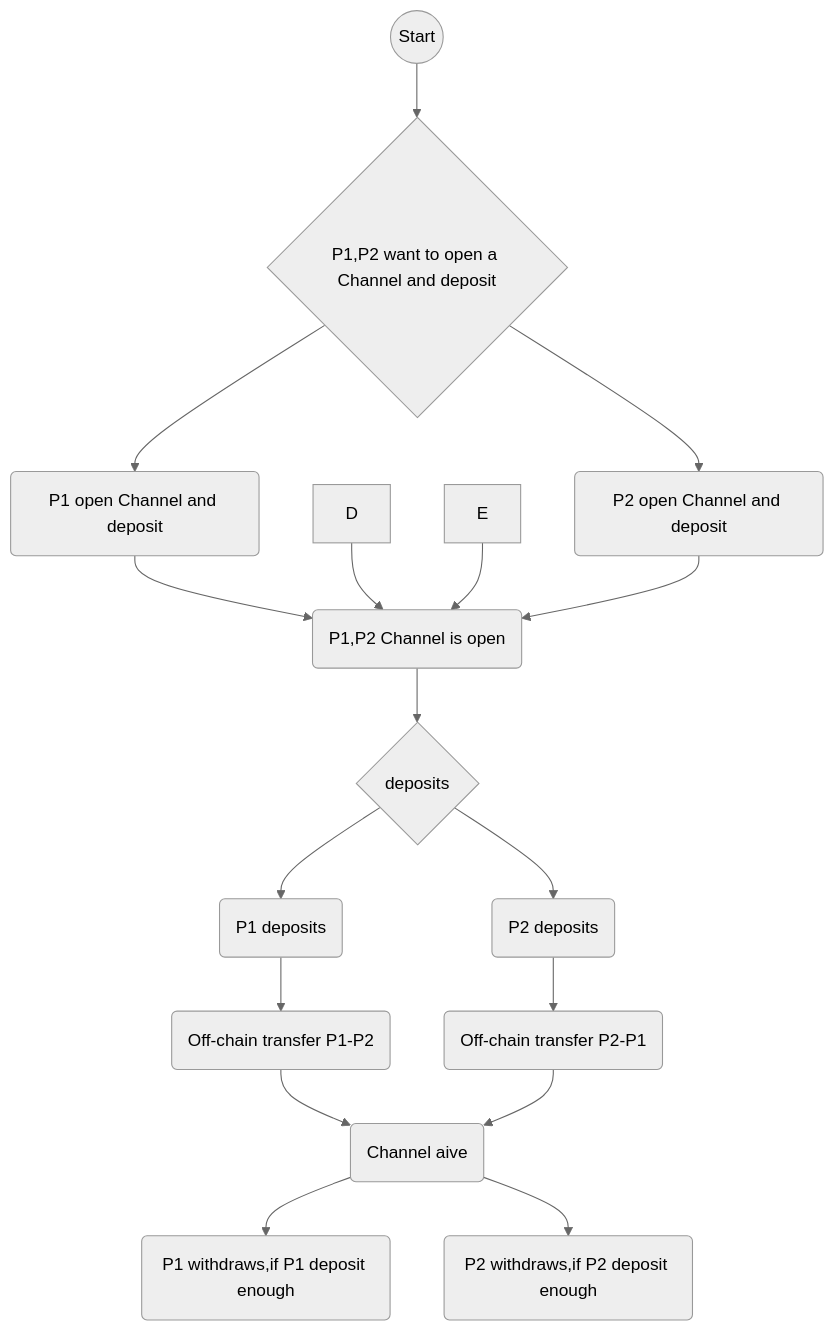
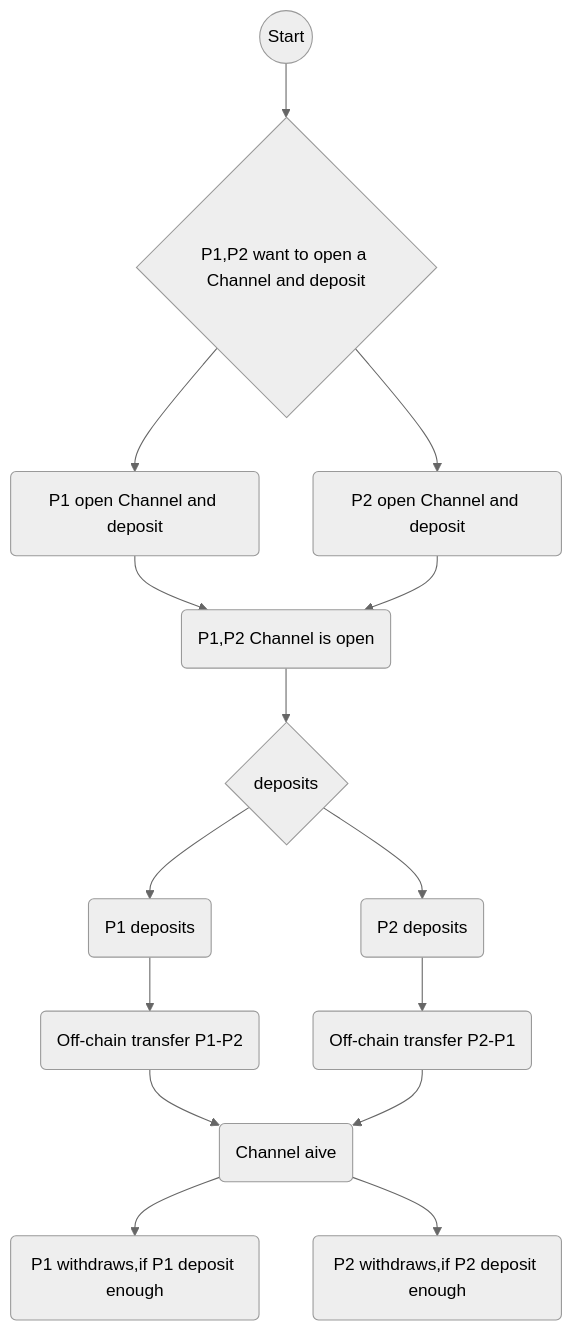
One commit to SmartMeshFoundation/Photon changed the first of 4 diagrams in docs/contract_spec.md. Above: the diagram before and after it, drawn with Mermaid (neutral theme).

Commit message:
update new version
update new version

````diff
--- a/docs/contract_spec.md
+++ b/docs/contract_spec.md
@@ -592,19 +592,17 @@
 ```mermaid
 graph TB
 O((Start))-->A{P1,P2 want to open a Channel and deposit}
 A-->B(P1 open Channel and deposit )
 A-->C(P2 open Channel and deposit)
 B-->F(P1,P2 Channel is open)
-D-->F(P1,P2 Channel is open)
-E-->F(P1,P2 Channel is open)
 C-->F(P1,P2 Channel is open)
 F-->G{deposits}
 G-->B1(P1 deposits)
 G-->E1(P2 deposits)
 B1-->D1(Off-chain transfer P1-P2)
 E1-->E2(Off-chain transfer P2-P1)
 D1-->P(Channel aive)
 E2-->P
 P-->B3(P1 withdraws,if P1 deposit enough)
 P-->e(P2 withdraws,if P2 deposit enough)
 ```
````
